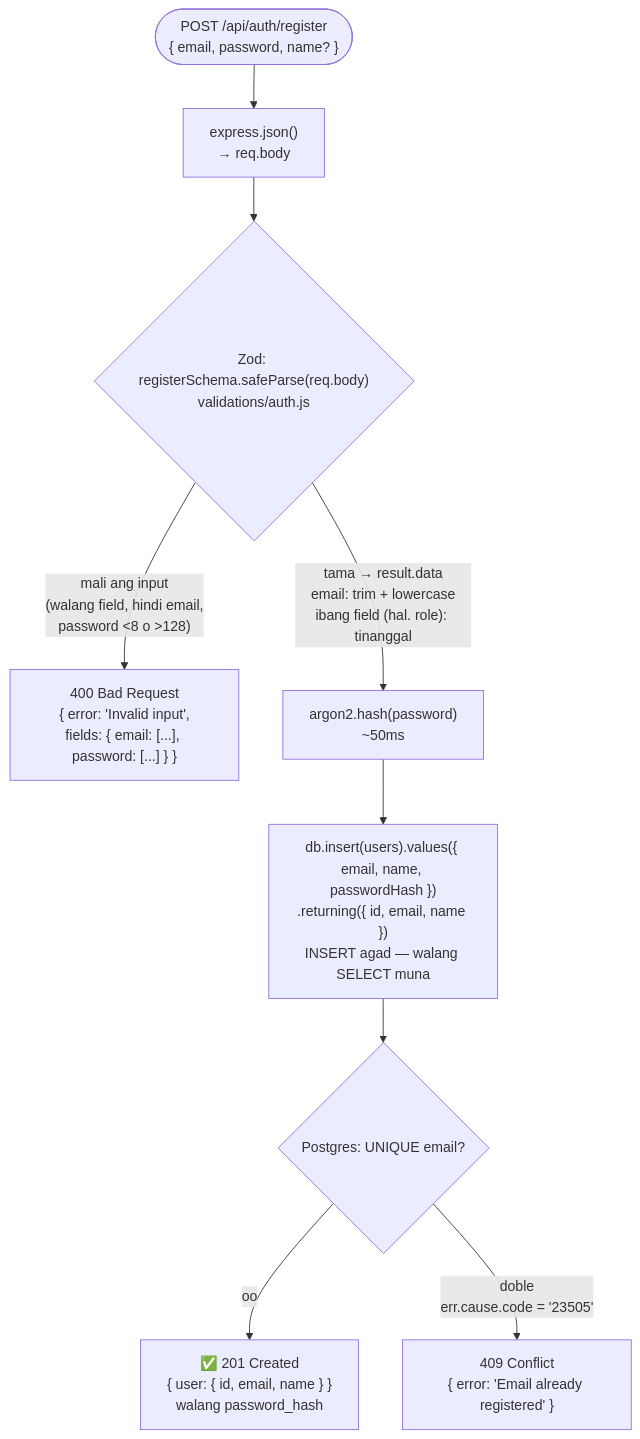
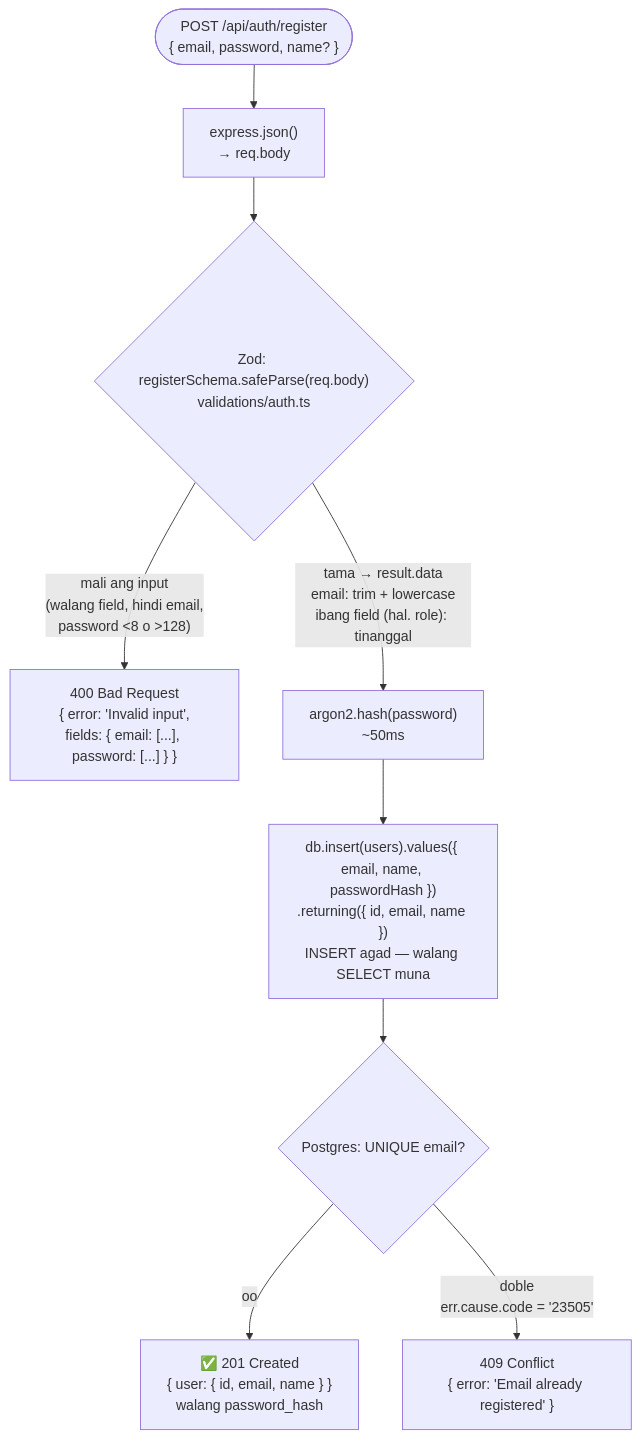
The first of 2 diagrams in docs/diagrams/03-register-flow.md (nelson1869-ai/auth-learning), drawn with Mermaid before and after one commit. The commit also changed other lines of this file and 20 other files, not shown here.

Commit message:
docs: .ts file names in diagrams and .http files, architecture, day 30-32 notes

````diff
--- a/docs/diagrams/03-register-flow.md
+++ b/docs/diagrams/03-register-flow.md
@@ -10,11 +10,11 @@
 ```mermaid
 flowchart TD
     Req(["POST /api/auth/register<br/>{ email, password, name? }"]) --> JSON["express.json()<br/>→ req.body"]
-    JSON --> Zod{"Zod: registerSchema.safeParse(req.body)<br/>validations/auth.js"}
+    JSON --> Zod{"Zod: registerSchema.safeParse(req.body)<br/>validations/auth.ts"}
     Zod -->|"mali ang input<br/>(walang field, hindi email,<br/>password &lt;8 o &gt;128)"| C400["400 Bad Request<br/>{ error: 'Invalid input',<br/>fields: { email: [...], password: [...] } }"]
     Zod -->|"tama → result.data<br/>email: trim + lowercase<br/>ibang field (hal. role): tinanggal"| Hash["argon2.hash(password)<br/>~50ms"]
     Hash --> Insert["db.insert(users).values({ email, name, passwordHash })<br/>.returning({ id, email, name })<br/>INSERT agad — walang SELECT muna"]
     Insert --> DB{"Postgres: UNIQUE email?"}
     DB -->|"oo"| C201["✅ 201 Created<br/>{ user: { id, email, name } }<br/>walang password_hash"]
     DB -->|"doble<br/>err.cause.code = '23505'"| C409["409 Conflict<br/>{ error: 'Email already registered' }"]
 ```
````
